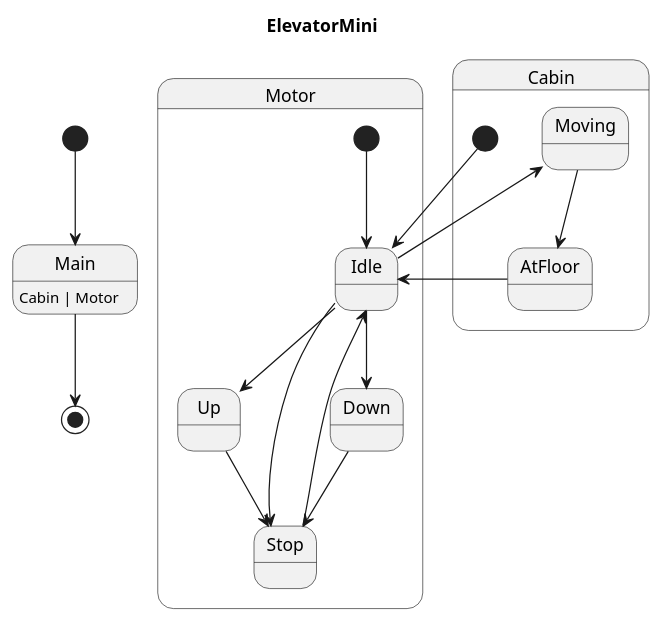
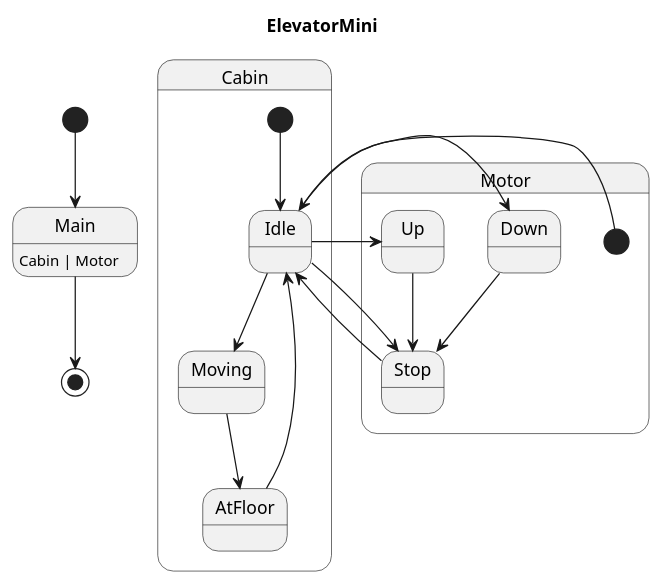
The diagram in examples/generated/plantuml/elevator_mini.puml (Pastor/Takt), drawn with PlantUML before and after one commit. The commit also changed other lines of this file and 8 other files, not shown here.

```diff
--- a/examples/generated/plantuml/elevator_mini.puml
+++ b/examples/generated/plantuml/elevator_mini.puml
@@ -1,25 +1,25 @@
 @startuml
 title ElevatorMini
 
 [*] --> Main
 Main : Cabin | Motor
 Main --> [*]
 
+state Cabin {
+    [*] --> Idle
+    Moving --> AtFloor
+    Idle --> Moving
+    AtFloor --> Idle
+}
+
 state Motor {
     [*] --> Idle
+    Down --> Stop
     Up --> Stop
     Idle --> Up
     Idle --> Down
     Idle --> Stop
-    Down --> Stop
     Stop --> Idle
 }
 
-state Cabin {
-    [*] --> Idle
-    Idle --> Moving
-    Moving --> AtFloor
-    AtFloor --> Idle
-}
-
 @enduml
```
